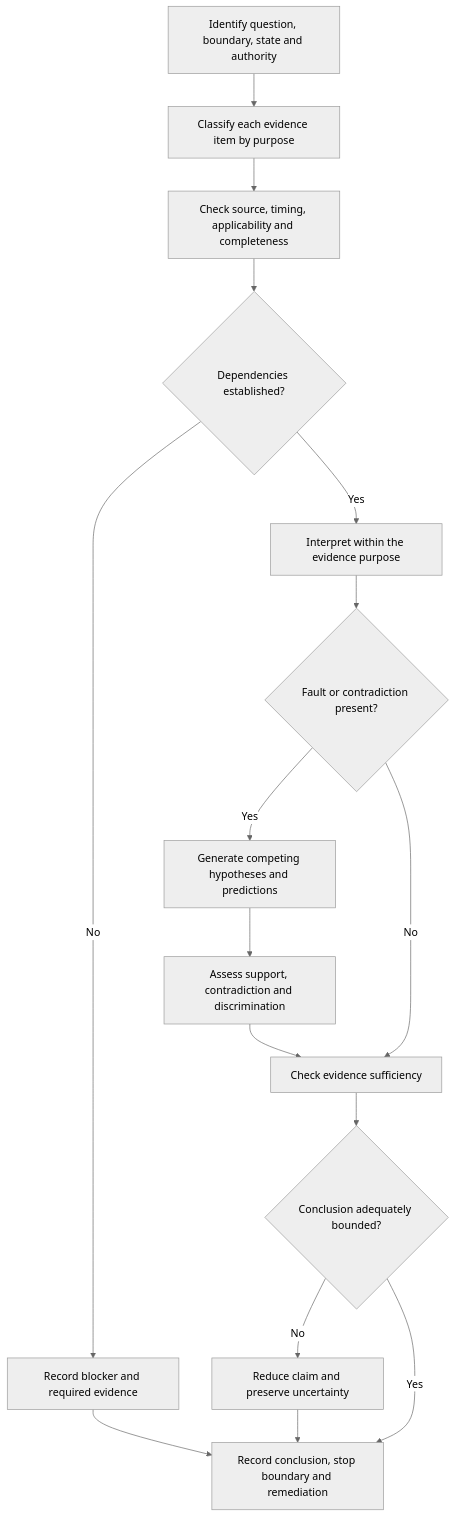
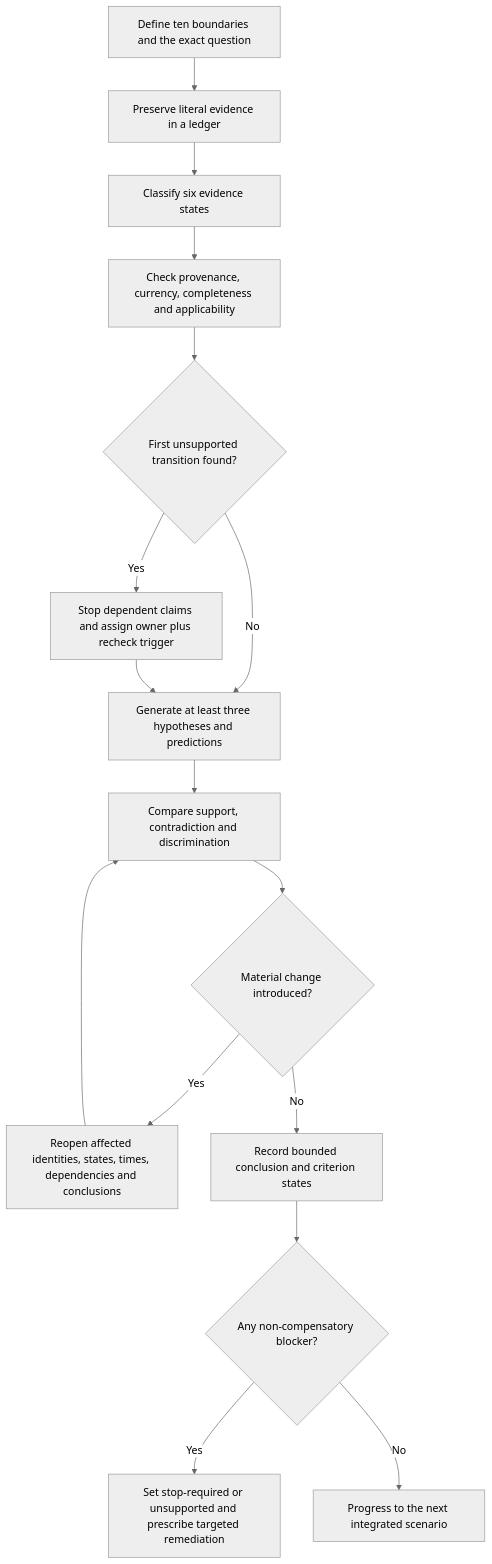
One commit to andrew3stedall/capstone changed the first of 2 diagrams in docs/learning-plans/12-week/modules/day-70-week-10-verification-and-fault-diagnosis-checkpoint.md. Above: the diagram before and after it, drawn with Mermaid (neutral theme). The commit also changed other lines of this file and 3 other files, not shown here.

````diff
--- a/docs/learning-plans/12-week/modules/day-70-week-10-verification-and-fault-diagnosis-checkpoint.md
+++ b/docs/learning-plans/12-week/modules/day-70-week-10-verification-and-fault-diagnosis-checkpoint.md
@@ -72,18 +118,18 @@
 ```mermaid
 flowchart TD
-  A[Identify question, boundary, state and authority] --> B[Classify each evidence item by purpose]
-  B --> C[Check source, timing, applicability and completeness]
-  C --> D{Dependencies established?}
-  D -->|No| E[Record blocker and required evidence]
-  D -->|Yes| F[Interpret within the evidence purpose]
-  F --> G{Fault or contradiction present?}
-  G -->|Yes| H[Generate competing hypotheses and predictions]
-  G -->|No| I[Check evidence sufficiency]
-  H --> J[Assess support, contradiction and discrimination]
-  J --> I
-  I --> K{Conclusion adequately bounded?}
-  K -->|No| L[Reduce claim and preserve uncertainty]
-  K -->|Yes| M[Record conclusion, stop boundary and remediation]
-  E --> M
-  L --> M
+  A[Define ten boundaries and the exact question] --> B[Preserve literal evidence in a ledger]
+  B --> C[Classify six evidence states]
+  C --> D[Check provenance, currency, completeness and applicability]
+  D --> E{First unsupported transition found?}
+  E -->|Yes| F[Stop dependent claims and assign owner plus recheck trigger]
+  E -->|No| G[Generate at least three hypotheses and predictions]
+  F --> G
+  G --> H[Compare support, contradiction and discrimination]
+  H --> I{Material change introduced?}
+  I -->|Yes| J[Reopen affected identities, states, times, dependencies and conclusions]
+  J --> H
+  I -->|No| K[Record bounded conclusion and criterion states]
+  K --> L{Any non-compensatory blocker?}
+  L -->|Yes| M[Set stop-required or unsupported and prescribe targeted remediation]
+  L -->|No| N[Progress to the next integrated scenario]
 ```
````
